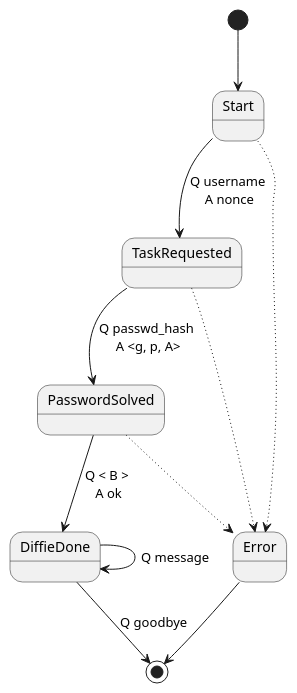
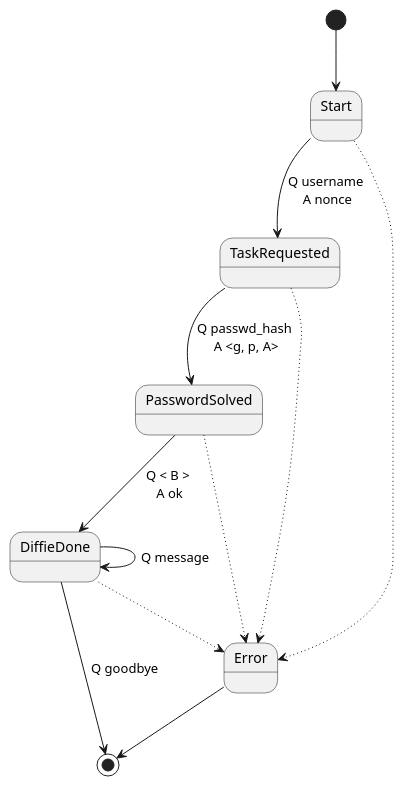
Before and after one commit to HectorHW/sec-sem8: the diagram in states.puml, drawn with PlantUML.

Commit message:
mention state transition on wrong message after handshake

```diff
--- a/states.puml
+++ b/states.puml
@@ -1,21 +1,23 @@
 @startuml connection_states
 
 [*] --> Start
 
 Start --> TaskRequested : Q username \nA nonce
 
 TaskRequested --> PasswordSolved: Q passwd_hash \nA <g, p, A>
 
 PasswordSolved --> DiffieDone: Q < B > \nA ok
 
 DiffieDone --> DiffieDone: Q message
 
 DiffieDone --> [*]: Q goodbye
 
+DiffieDone -[dotted]-> Error
+
 Start -[dotted]-> Error
 TaskRequested -[dotted]-> Error
 PasswordSolved -[dotted]-> Error
 
 Error --> [*]
 
 @enduml
```
